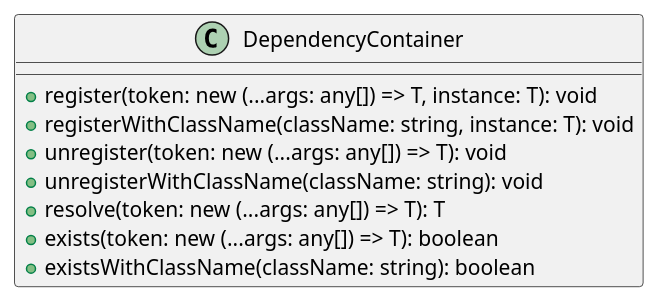
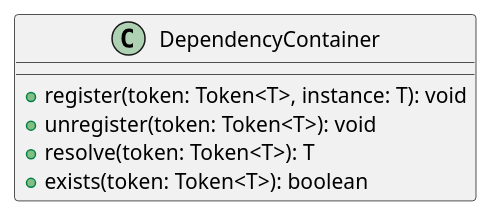
One commit to CPNV-ES/game-engine changed the diagram in doc/diagrams/Core_DependencyInjection.puml. Above: the diagram before and after it, drawn with PlantUML. The commit also changed 5 other files, not shown here.

Commit message:
docs: generate all class diagrams for 0.4.0

```diff
--- a/doc/diagrams/Core_DependencyInjection.puml
+++ b/doc/diagrams/Core_DependencyInjection.puml
@@ -1,11 +1,8 @@
 @startuml
 class DependencyContainer {
-    +register(token: new (...args: any[]) => T, instance: T): void
-    +registerWithClassName(className: string, instance: T): void
-    +unregister(token: new (...args: any[]) => T): void
-    +unregisterWithClassName(className: string): void
-    +resolve(token: new (...args: any[]) => T): T
-    +exists(token: new (...args: any[]) => T): boolean
-    +existsWithClassName(className: string): boolean
+    +register(token: Token<T>, instance: T): void
+    +unregister(token: Token<T>): void
+    +resolve(token: Token<T>): T
+    +exists(token: Token<T>): boolean
 }
 @enduml
```
